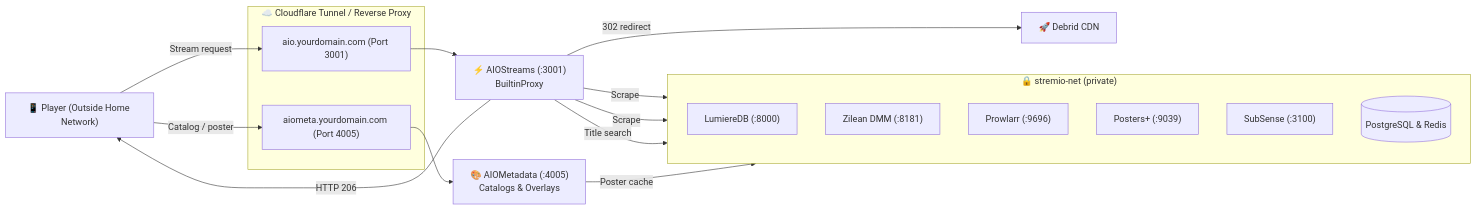
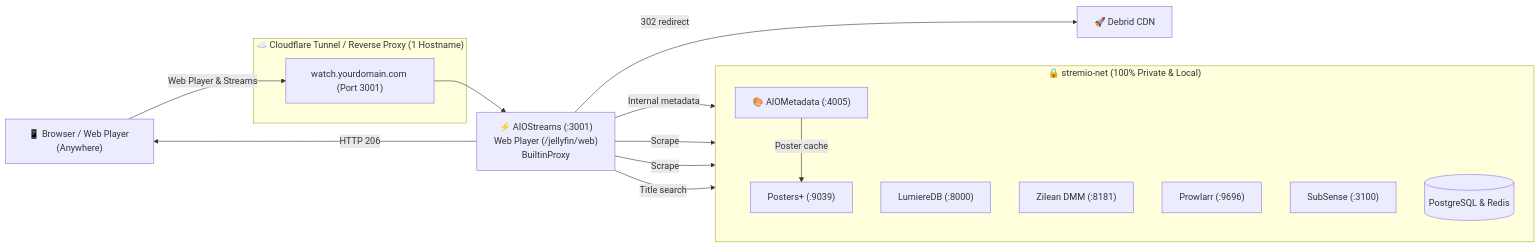
Before and after one commit to oOflyeyesOo/AIOStreams-All-Local: the diagram in README.md, drawn with Mermaid. The commit also changed other lines of this file and 4 other files, not shown here.

Commit message:
feat(ingress): streamline web player remote exposure via single-domain cloudflare tunnel

````diff
--- a/README.md
+++ b/README.md
@@ -69,34 +73,32 @@
 ```mermaid
 flowchart LR
-    Player["📱 Player (Outside Home Network)"]
+    RemoteUser["📱 Browser / Web Player (Anywhere)"]
 
-    subgraph Ingress ["☁️ Cloudflare Tunnel / Reverse Proxy"]
-        TunnelAIO["aio.yourdomain.com (Port 3001)"]
-        TunnelMeta["aiometa.yourdomain.com (Port 4005)"]
+    subgraph Ingress ["☁️ Cloudflare Tunnel / Reverse Proxy (1 Hostname)"]
+        Tunnel["watch.yourdomain.com (Port 3001)"]
     end
 
-    AIO["⚡ AIOStreams (:3001)\nBuiltinProxy"]
-    AIOMeta["🎨 AIOMetadata (:4005)\nCatalogs & Overlays"]
+    AIO["⚡ AIOStreams (:3001)\nWeb Player (/jellyfin/web)\nBuiltinProxy"]
 
-    subgraph Internal ["🔒 stremio-net (private)"]
+    subgraph Internal ["🔒 stremio-net (100% Private & Local)"]
         direction TB
+        AIOMeta["🎨 AIOMetadata (:4005)"]
         Lumiere["LumiereDB (:8000)"]
         Zilean["Zilean DMM (:8181)"]
         Prowlarr["Prowlarr (:9696)"]
         Posters["Posters+ (:9039)"]
         SubSense["SubSense (:3100)"]
         DB[("PostgreSQL & Redis")]
     end
 
     CDN["🚀 Debrid CDN"]
 
-    Player -->|Stream request| TunnelAIO
-    Player -->|Catalog / poster| TunnelMeta
-    TunnelAIO --> AIO
-    TunnelMeta --> AIOMeta
+    RemoteUser -->|Web Player & Streams| Tunnel
+    Tunnel --> AIO
+    AIO -->|Internal metadata| AIOMeta
     AIO -->|Scrape| Prowlarr & Zilean
     AIO -->|Title search| Lumiere
     AIOMeta -->|Poster cache| Posters
     AIO -->|302 redirect| CDN
-    AIO -->|HTTP 206| Player
+    AIO -->|HTTP 206| RemoteUser
 ```
````
